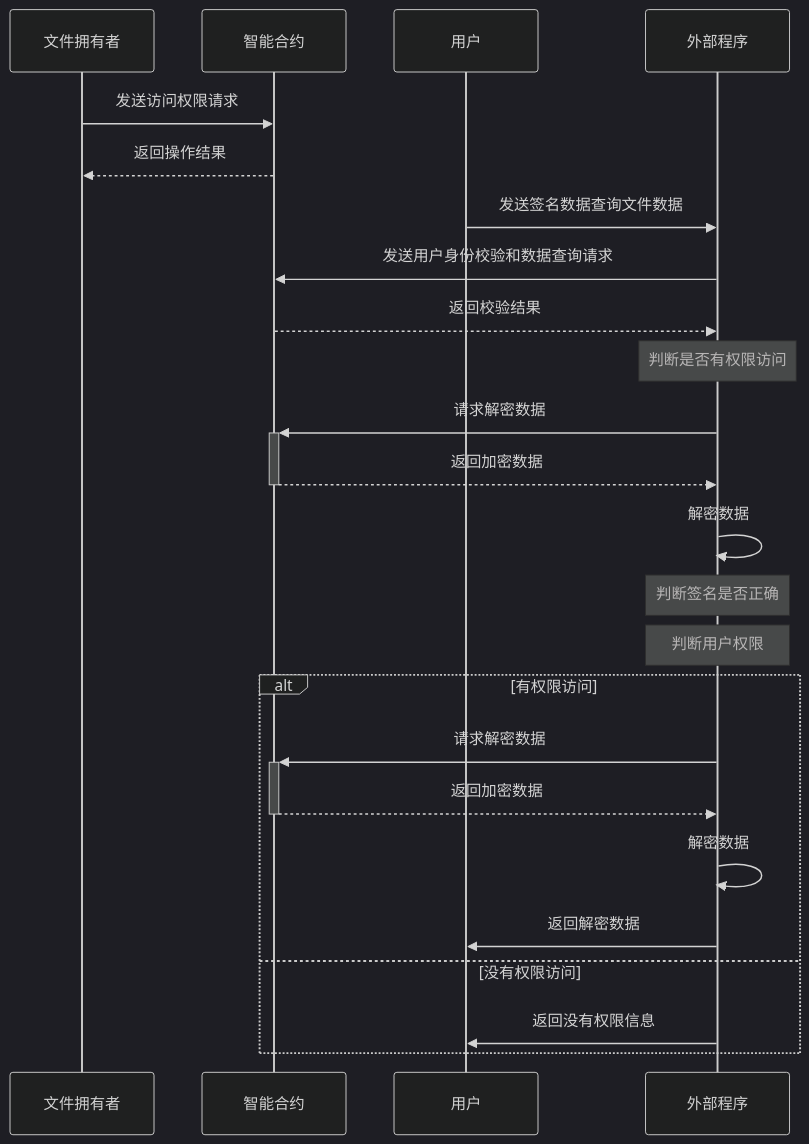
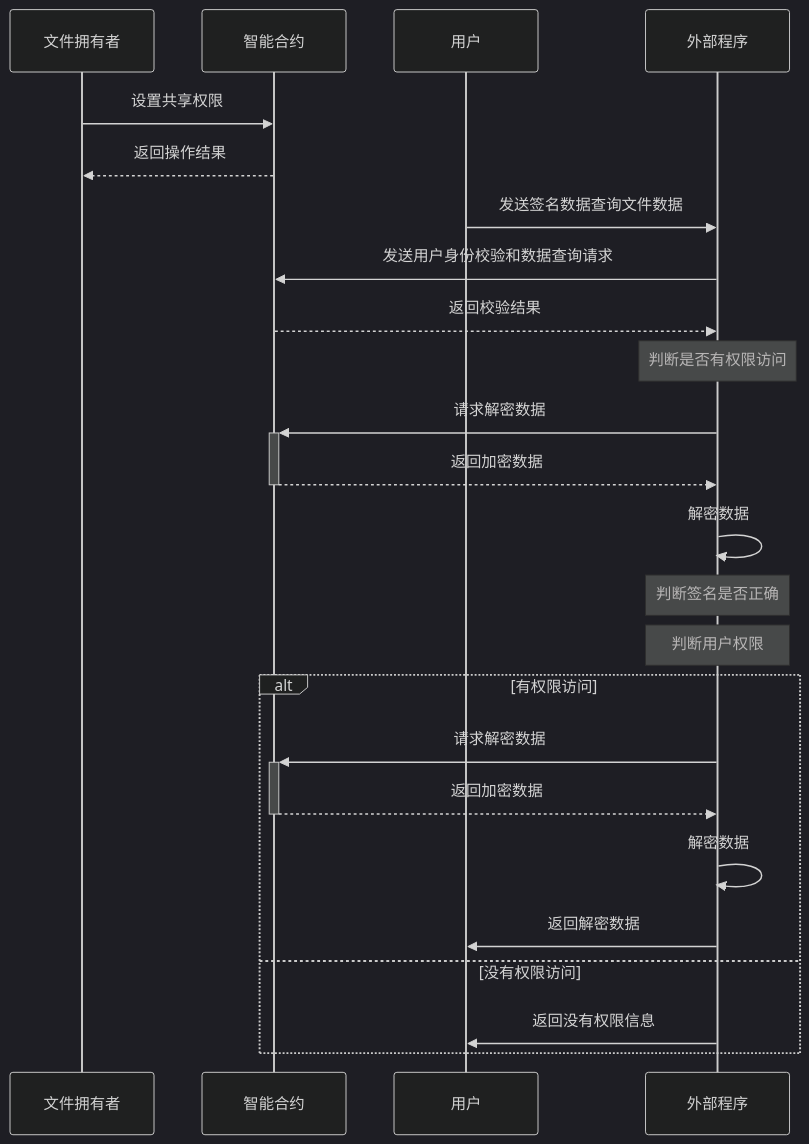
The fourth of 5 diagrams in doc/合约存取共享.md (MoyunRz/store-data), drawn with Mermaid (dark theme) before and after one commit. The commit also changed other lines of this file, not shown here.

Commit message:
修改共享密钥的流程图

````diff
--- a/doc/合约存取共享.md
+++ b/doc/合约存取共享.md
@@ -90,28 +90,28 @@
 ```mermaid
 sequenceDiagram
     participant A as 文件拥有者
     participant B as 智能合约
     participant C as 用户
     participant D as 外部程序
 
-    A->>B: 发送访问权限请求
+    A->>B: 设置共享权限
     B-->>A: 返回操作结果
     C->>D: 发送签名数据查询文件数据
     D->>B: 发送用户身份校验和数据查询请求
     B-->>D: 返回校验结果
     Note over D: 判断是否有权限访问
     D->>+B: 请求解密数据
     B-->>-D: 返回加密数据
     D->>D: 解密数据
     Note over D: 判断签名是否正确
     Note over D: 判断用户权限
     alt 有权限访问
         D->>+B: 请求解密数据
         B-->>-D: 返回加密数据
         D->>D: 解密数据
         D->>C: 返回解密数据
     else 没有权限访问
         D->>C: 返回没有权限信息
     end
 
 ```
````
